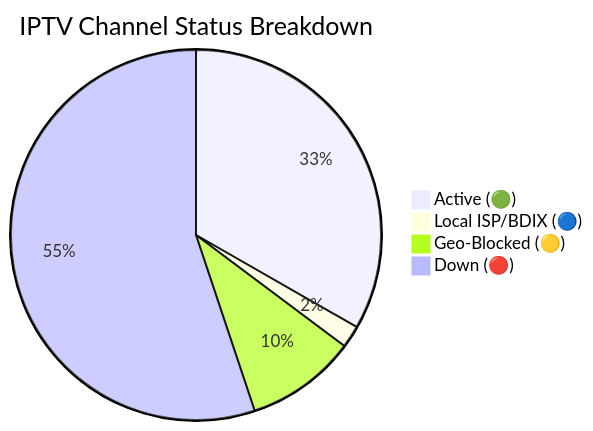
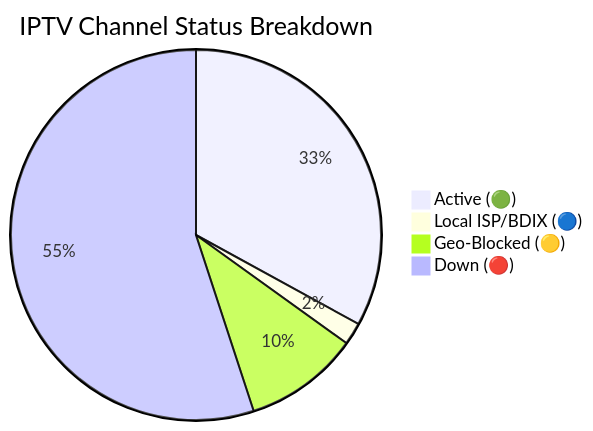
The diagram in README.md (andreataylord/Ip-tv-Collection), drawn with Mermaid before and after one commit. The commit also changed other lines of this file and 1 other file, not shown here.

Commit message:
docs(readme): auto-update daily channel status chart

````diff
--- a/README.md
+++ b/README.md
@@ -59,7 +59,7 @@
 ```mermaid
 pie title IPTV Channel Status Breakdown
-    "Active (🟢)" : 2190
+    "Active (🟢)" : 2170
     "Local ISP/BDIX (🔵)" : 128
-    "Geo-Blocked (🟡)" : 635
-    "Down (🔴)" : 3628
+    "Geo-Blocked (🟡)" : 661
+    "Down (🔴)" : 3622
 ```
````
